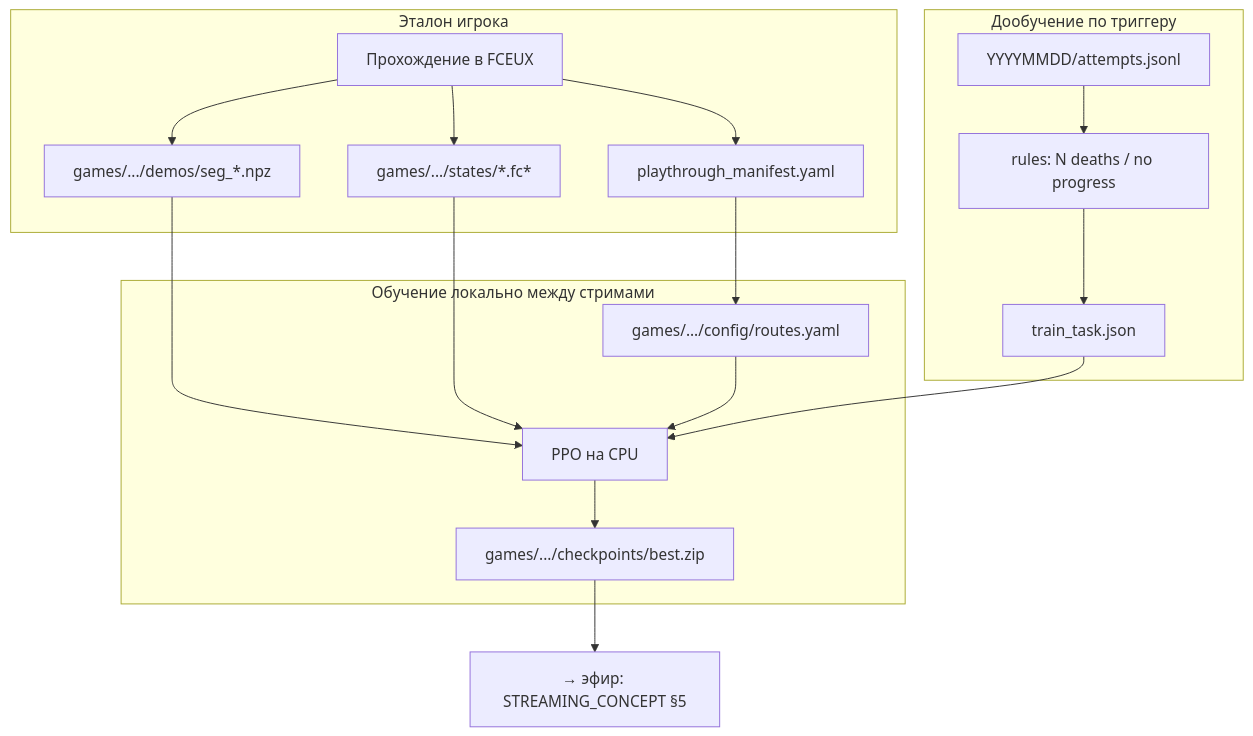
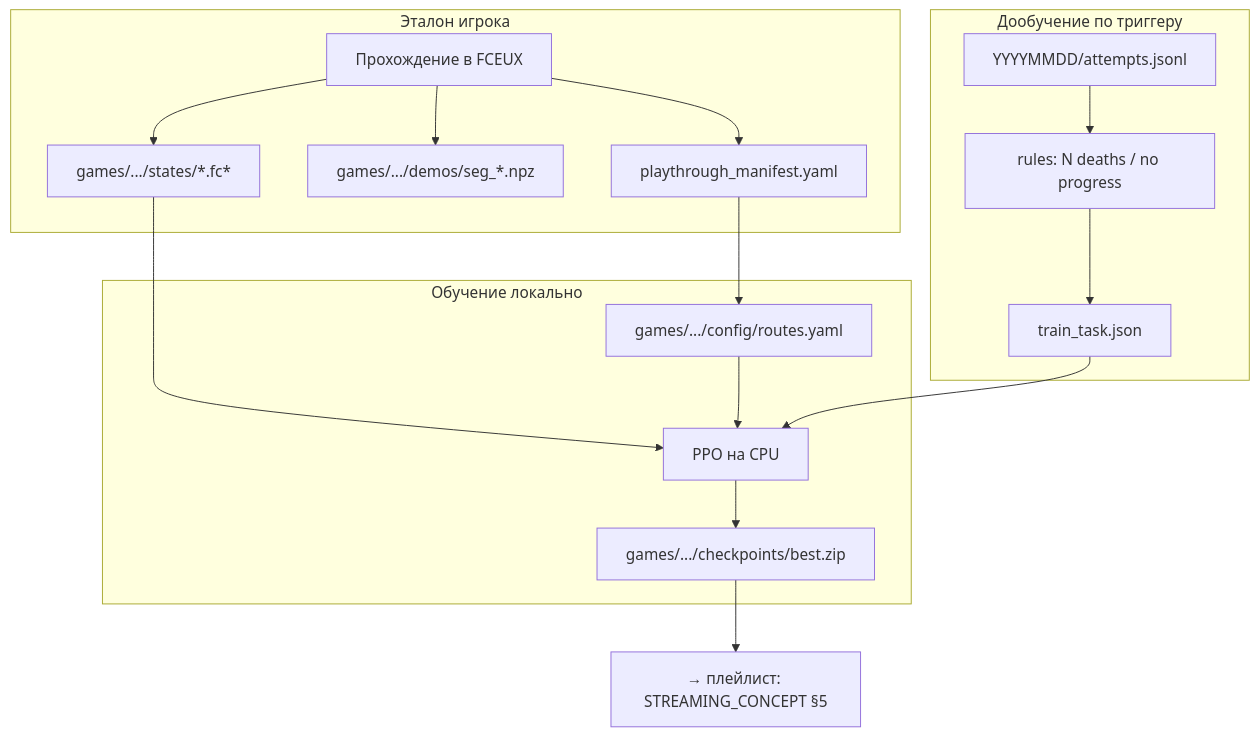
The diagram in docs/ML_CONCEPT.md (dimadroog/wait), drawn with Mermaid before and after one commit. The commit also changed other lines of this file and 17 other files, not shown here.

````diff
--- a/docs/ML_CONCEPT.md
+++ b/docs/ML_CONCEPT.md
@@ -100,34 +85,33 @@
 ```mermaid
 flowchart TB
     subgraph record [Эталон игрока]
         HumanPlay[Прохождение в FCEUX]
         Manifest[playthrough_manifest.yaml]
         Demos[games/.../demos/seg_*.npz]
         States[games/.../states/*.fc*]
         HumanPlay --> Manifest
         HumanPlay --> Demos
         HumanPlay --> States
     end
 
-    subgraph train [Обучение локально между стримами]
+    subgraph train [Обучение локально]
         Routes[games/.../config/routes.yaml]
         LocalPPO[PPO на CPU]
         Checkpoint[games/.../checkpoints/best.zip]
         Manifest --> Routes
-        Demos --> LocalPPO
         States --> LocalPPO
         Routes --> LocalPPO
         LocalPPO --> Checkpoint
     end
 
     subgraph finetune [Дообучение по триггеру]
         Trigger["rules: N deaths / no progress"]
         Task[train_task.json]
         Attempts[YYYYMMDD/attempts.jsonl]
         Trigger --> Task
         Task --> LocalPPO
         Attempts --> Trigger
     end
 
-    Checkpoint --> Infer[→ эфир: STREAMING_CONCEPT §5]
+    Checkpoint --> Infer[→ плейлист: STREAMING_CONCEPT §5]
 ```
````
